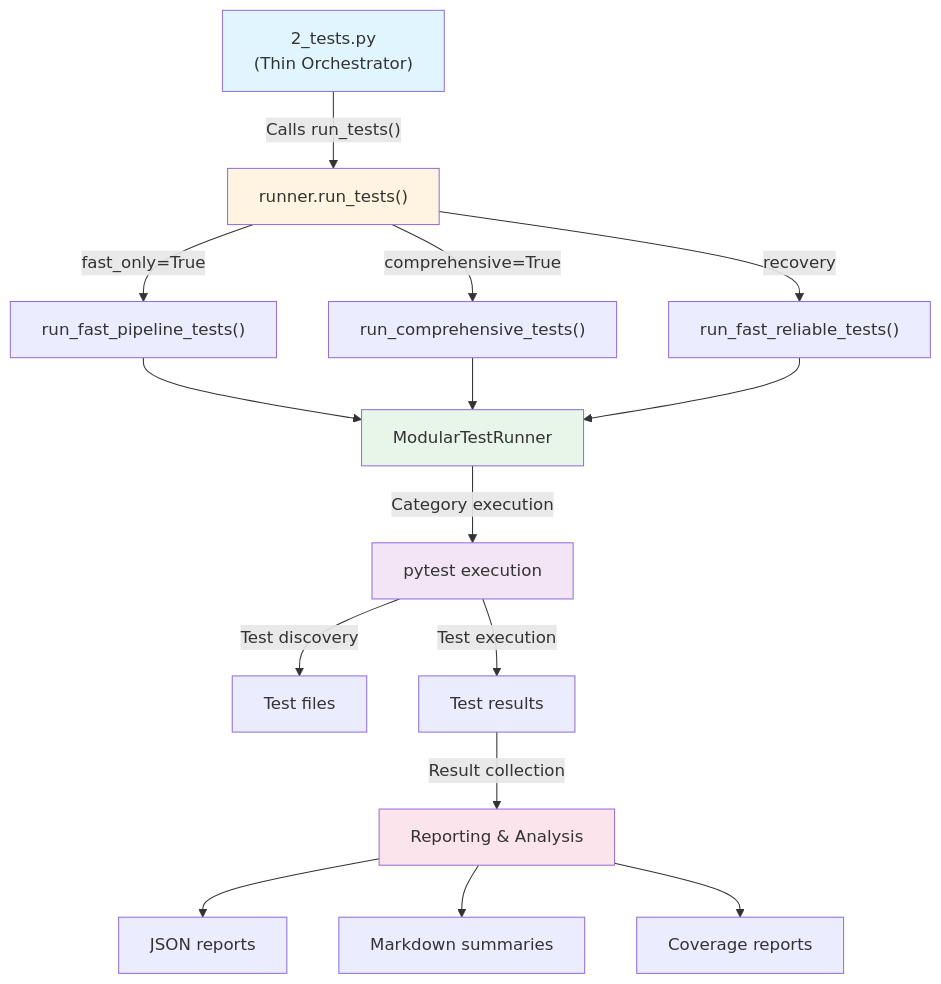
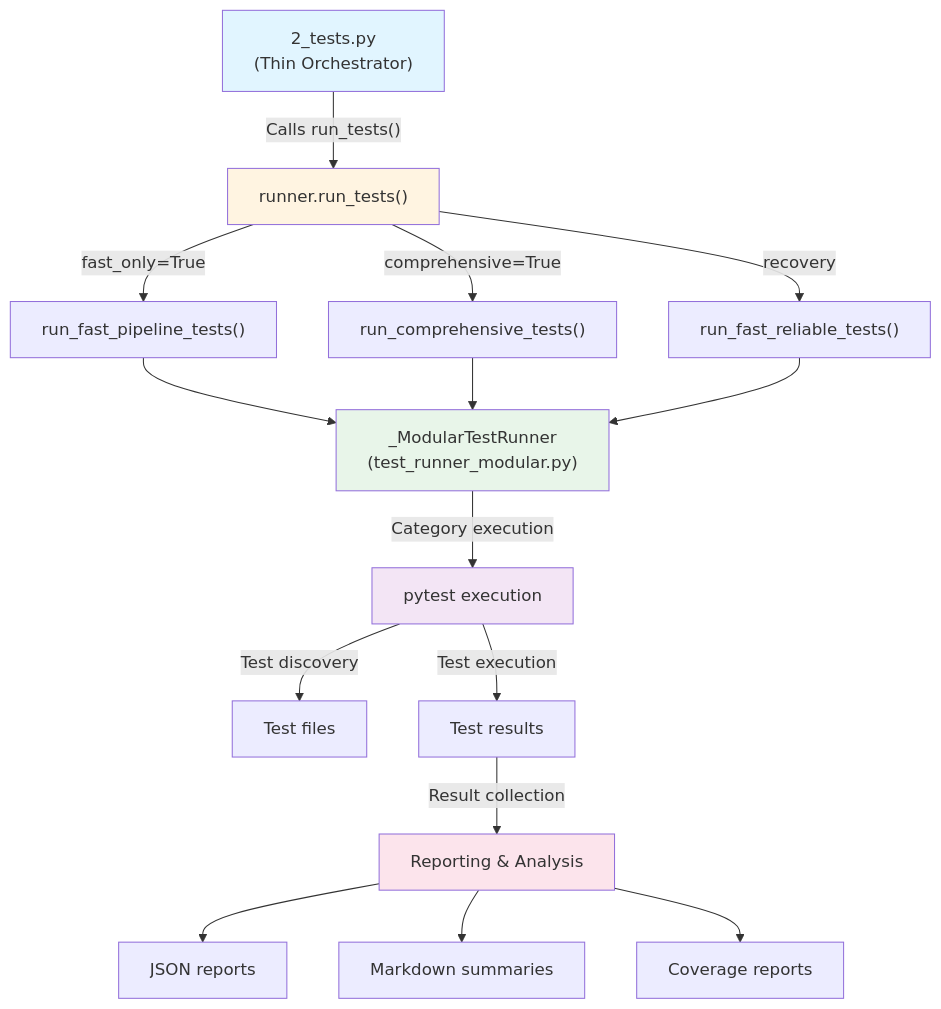
The diagram in doc/gnn/modules/02_tests.md (ActiveInferenceInstitute/GeneralizedNotationNotation), drawn with Mermaid before and after one commit. The commit also changed other lines of this file and 11 other files, not shown here.

````diff
--- a/doc/gnn/modules/02_tests.md
+++ b/doc/gnn/modules/02_tests.md
@@ -376,26 +376,26 @@
 ```mermaid
 flowchart TD
     A["2_tests.py<br/>(Thin Orchestrator)"] -->|"Calls run_tests()"| B["runner.run_tests()"]
     B -->|"fast_only=True"| C["run_fast_pipeline_tests()"]
     B -->|"comprehensive=True"| D["run_comprehensive_tests()"]
     B -->|"recovery"| E["run_fast_reliable_tests()"]
     
-    C --> F["ModularTestRunner"]
+    C --> F["_ModularTestRunner<br/>(test_runner_modular.py)"]
     D --> F
     E --> F
     
     F -->|"Category execution"| G["pytest execution"]
     G -->|"Test discovery"| H["Test files"]
     G -->|"Test execution"| I["Test results"]
     I -->|"Result collection"| J["Reporting & Analysis"]
     
     J --> K["JSON reports"]
     J --> L["Markdown summaries"]
     J --> M["Coverage reports"]
     
     style A fill:#e1f5ff
     style B fill:#fff4e1
     style F fill:#e8f5e9
     style G fill:#f3e5f5
     style J fill:#fce4ec
 ```
````
